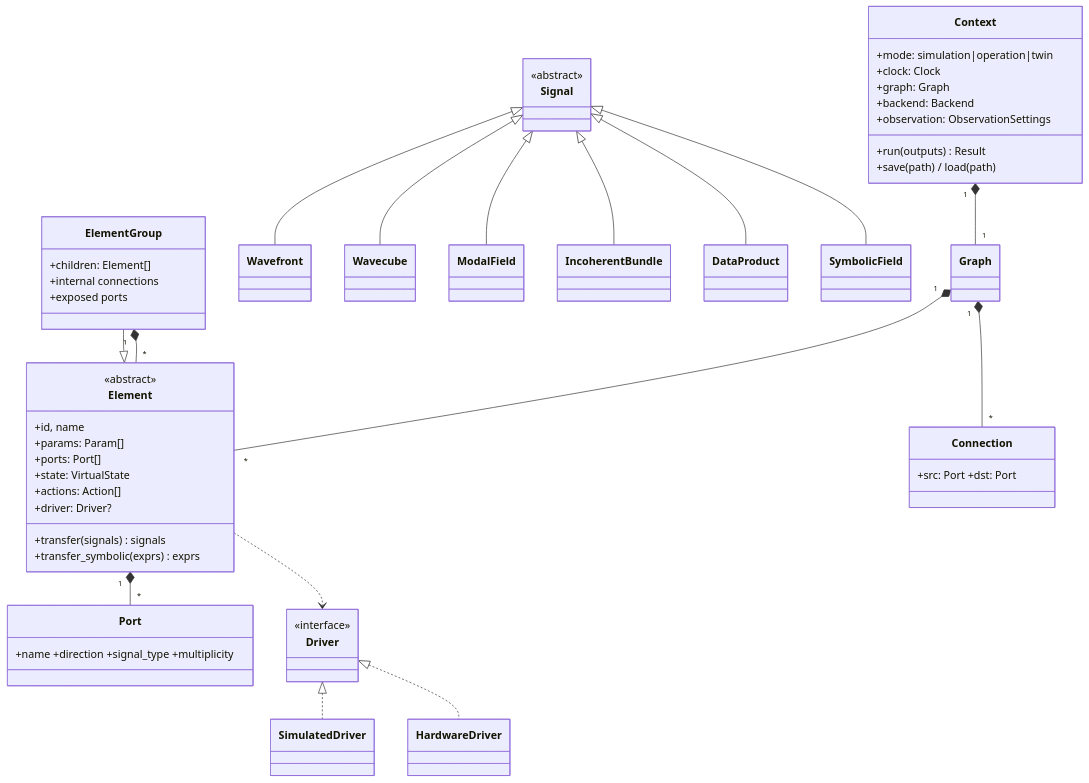
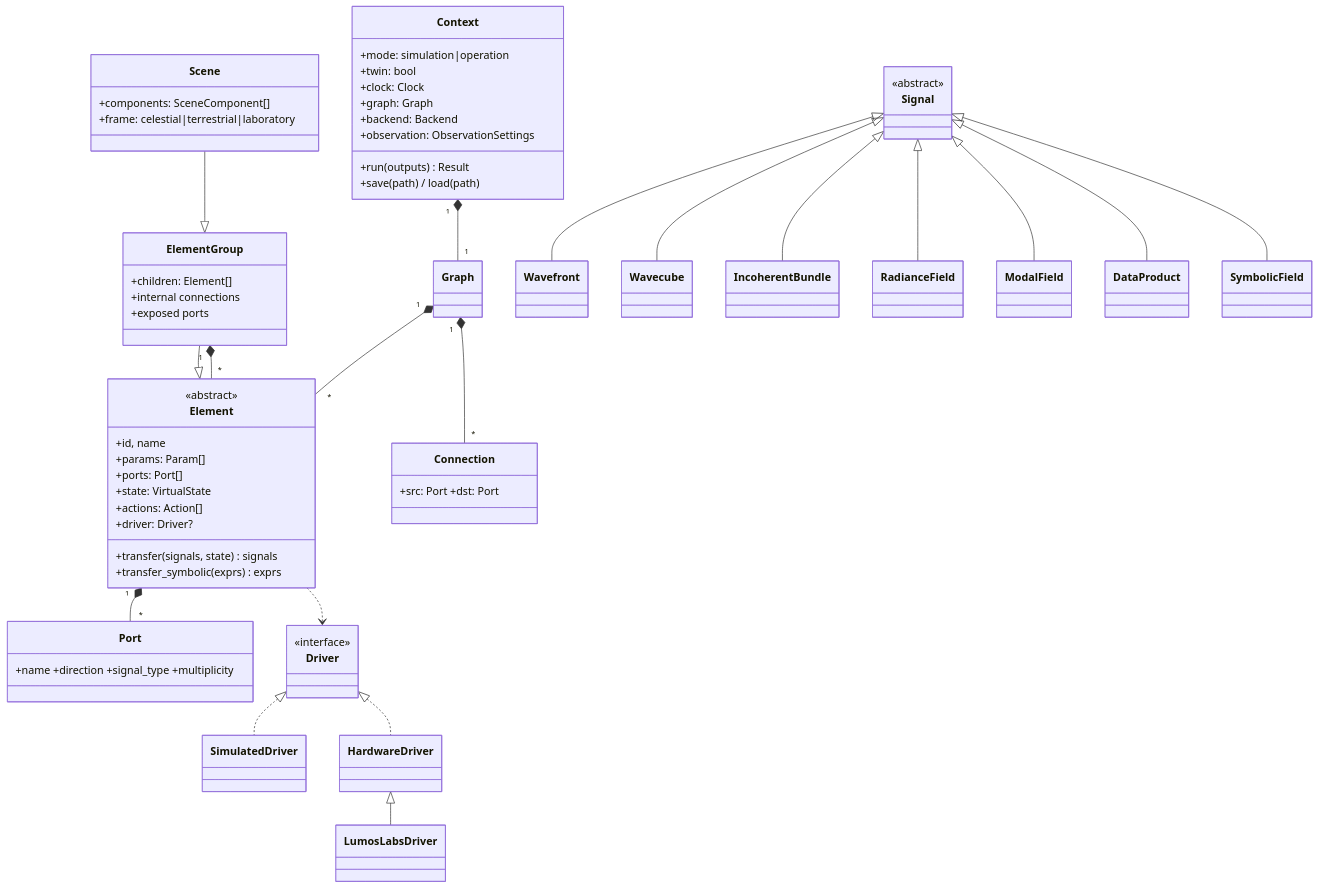
Before and after one commit to VForiel/LUMOS: the first of 2 diagrams in docs/specs/cahier_des_charges.md, drawn with Mermaid. The commit also changed other lines of this file and 1 other file, not shown here.

````diff
--- a/docs/specs/cahier_des_charges.md
+++ b/docs/specs/cahier_des_charges.md
@@ -122,56 +102,56 @@
 ```mermaid
 classDiagram
     class Context {
-      +mode: simulation|operation|twin
+      +mode: simulation|operation
+      +twin: bool
       +clock: Clock
       +graph: Graph
       +backend: Backend
       +observation: ObservationSettings
       +run(outputs) Result
       +save(path) / load(path)
     }
     class Element {
       <<abstract>>
       +id, name
       +params: Param[]
       +ports: Port[]
       +state: VirtualState
-      +transfer(signals) signals
+      +transfer(signals, state) signals
       +transfer_symbolic(exprs) exprs
       +actions: Action[]
       +driver: Driver?
     }
     class ElementGroup {
       +children: Element[]
       +internal connections
       +exposed ports
     }
+    class Scene {
+      +components: SceneComponent[]
+      +frame: celestial|terrestrial|laboratory
+    }
     class Port { +name +direction +signal_type +multiplicity }
     class Connection { +src: Port +dst: Port }
     class Signal { <<abstract>> }
-    class Wavefront
-    class Wavecube
-    class ModalField
-    class IncoherentBundle
-    class DataProduct
-    class SymbolicField
     class Driver { <<interface>> }
-    class SimulatedDriver
-    class HardwareDriver
 
     Context "1" *-- "1" Graph
     Graph "1" *-- "*" Element
     Graph "1" *-- "*" Connection
     ElementGroup --|> Element
+    Scene --|> ElementGroup
     ElementGroup "1" *-- "*" Element
     Element "1" *-- "*" Port
     Signal <|-- Wavefront
     Signal <|-- Wavecube
+    Signal <|-- IncoherentBundle
+    Signal <|-- RadianceField
     Signal <|-- ModalField
-    Signal <|-- IncoherentBundle
     Signal <|-- DataProduct
     Signal <|-- SymbolicField
     Element ..> Driver
     Driver <|.. SimulatedDriver
     Driver <|.. HardwareDriver
+    HardwareDriver <|-- LumosLabsDriver
 ```
````
